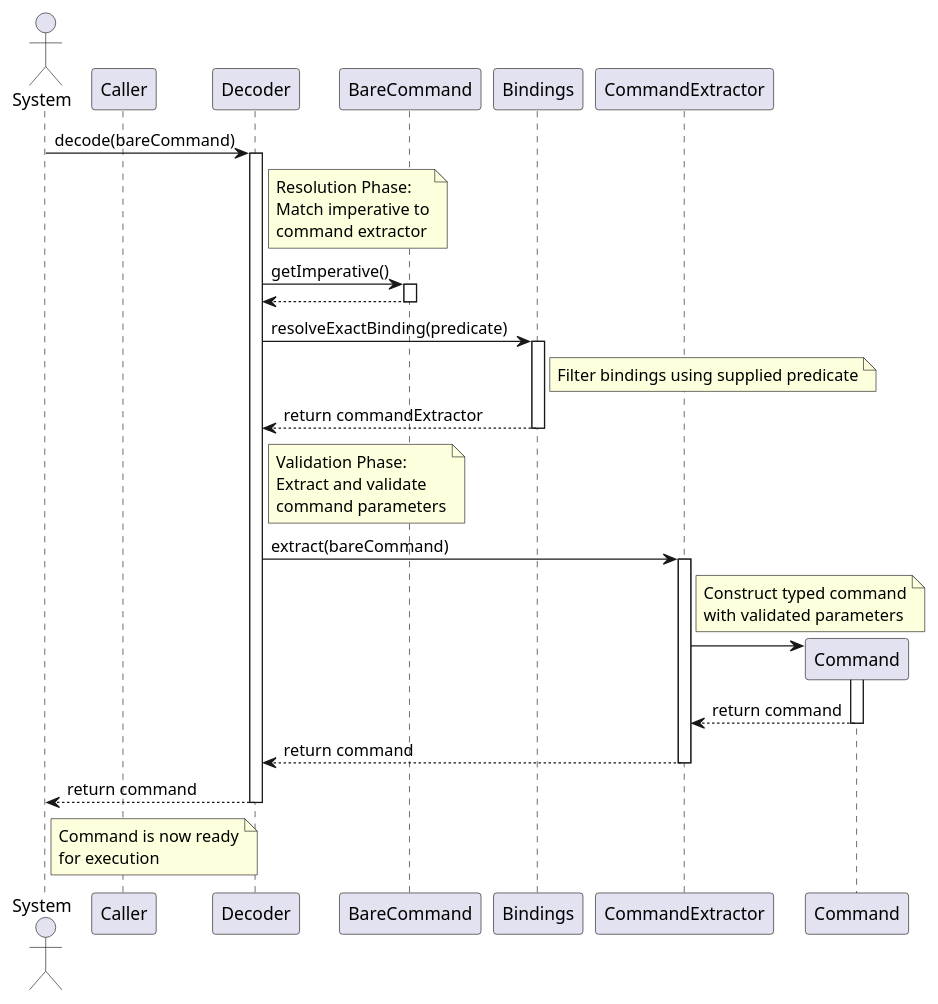
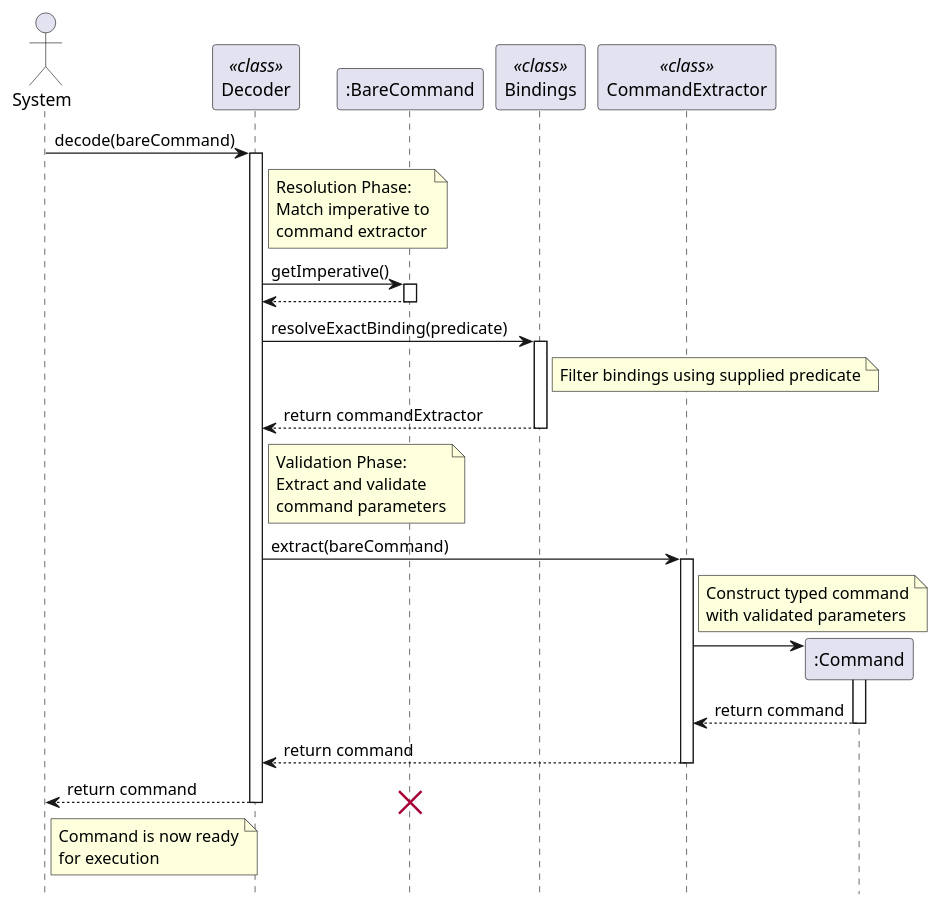
The diagram in docs/diagrams/assembly/DecodingSequence.puml (Xateh/tp), drawn with PlantUML before and after one commit. The commit also changed 1 other file, not shown here.

Commit message:
Fix sequence diagrams for command assembly

```diff
--- a/docs/diagrams/assembly/DecodingSequence.puml
+++ b/docs/diagrams/assembly/DecodingSequence.puml
@@ -1,65 +1,67 @@
 @startuml
+hide footbox
 actor System
-participant "Caller" as Caller
-participant "Decoder" as Decoder
-participant "BareCommand" as BareCmd
-participant "Bindings" as Bindings
-participant "CommandExtractor" as Extractor
-participant "Command" as Cmd
+participant "Decoder" as Decoder <<class>>
+participant ":BareCommand" as BareCmd
+participant "Bindings" as Bindings <<class>>
+participant "CommandExtractor" as Extractor <<class>>
+participant ":Command" as Cmd
 
 System -> Decoder: decode(bareCommand)
 activate Decoder
 
 note right of Decoder
   Resolution Phase:
   Match imperative to
   command extractor
 end note
 
 Decoder -> BareCmd: getImperative()
 activate BareCmd
 BareCmd --> Decoder
 deactivate BareCmd
 
 Decoder -> Bindings: resolveExactBinding(predicate)
 activate Bindings
 
 note right of Bindings
   Filter bindings using supplied predicate
 end note
 
 Bindings --> Decoder: return commandExtractor
 deactivate Bindings
 
 note right of Decoder
   Validation Phase:
   Extract and validate
   command parameters
 end note
 
 Decoder -> Extractor: extract(bareCommand)
 activate Extractor
 
 note right of Extractor
   Construct typed command
   with validated parameters
 end note
 
 create Cmd
 Extractor -> Cmd
 activate Cmd
 Cmd --> Extractor: return command
 deactivate Cmd
 
 Extractor --> Decoder: return command
 deactivate Extractor
 
 Decoder --> System: return command
 deactivate Decoder
 
+destroy BareCmd
+
 note right of System
   Command is now ready
   for execution
 end note
 
 @enduml
```
